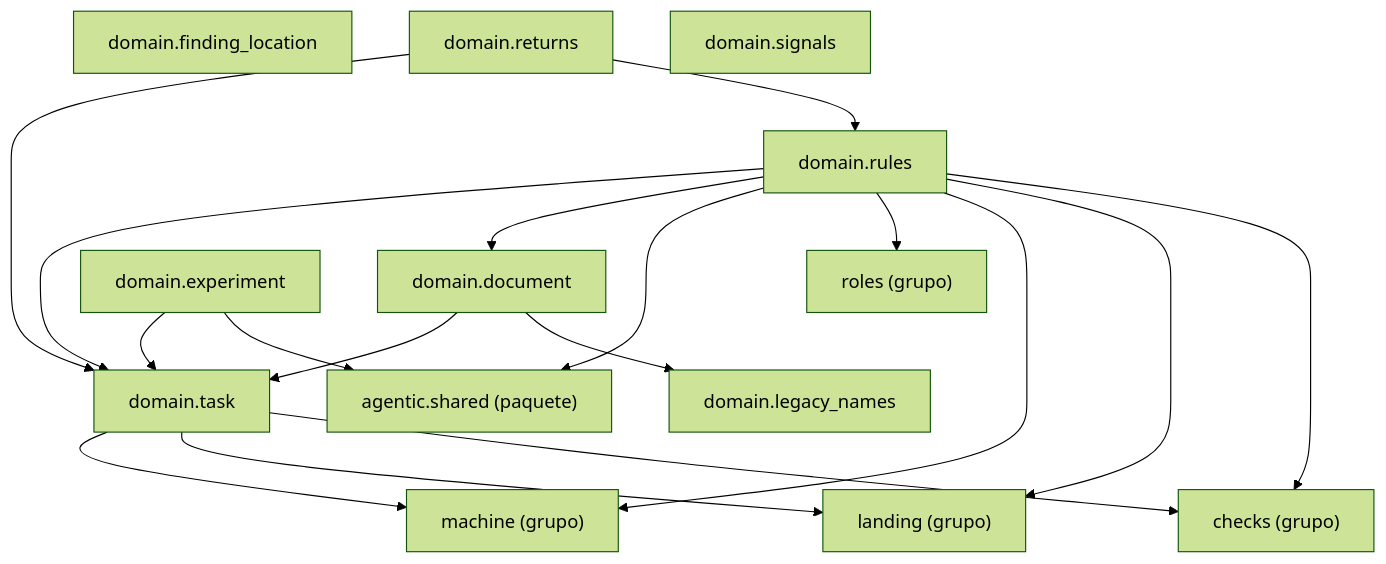
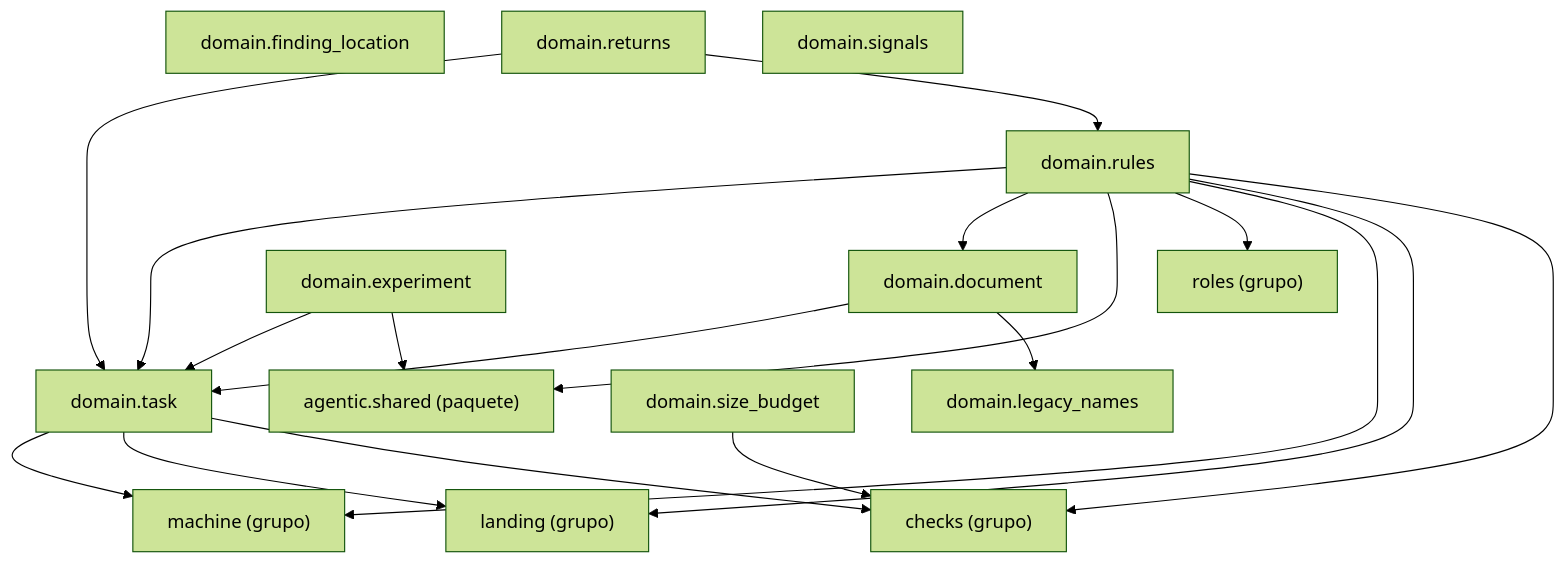
The diagram in docs/architecture/generated/packages-process-domain-state.md (GonzaloZevallos/agentic-system), drawn with Mermaid (forest theme) before and after one commit. The commit also changed 21 other files, not shown here.

First line of the commit message:
Add the size budget module, the stack's generated: key and Workspace.numstat (GH-592)

````diff
--- a/docs/architecture/generated/packages-process-domain-state.md
+++ b/docs/architecture/generated/packages-process-domain-state.md
@@ -11,32 +11,34 @@
 ```mermaid
 graph TD
     g_domain__checks["checks (grupo)"]
     g_domain__landing["landing (grupo)"]
     g_domain__machine["machine (grupo)"]
     g_domain__roles["roles (grupo)"]
     g_pkg__agentic__shared["agentic.shared (paquete)"]
     m_domain__document["domain.document"]
     m_domain__experiment["domain.experiment"]
     m_domain__finding_location["domain.finding_location"]
     m_domain__legacy_names["domain.legacy_names"]
     m_domain__returns["domain.returns"]
     m_domain__rules["domain.rules"]
     m_domain__signals["domain.signals"]
+    m_domain__size_budget["domain.size_budget"]
     m_domain__task["domain.task"]
     m_domain__document --> m_domain__legacy_names
     m_domain__document --> m_domain__task
     m_domain__experiment --> g_pkg__agentic__shared
     m_domain__experiment --> m_domain__task
     m_domain__returns --> m_domain__rules
     m_domain__returns --> m_domain__task
     m_domain__rules --> g_domain__checks
     m_domain__rules --> g_domain__landing
     m_domain__rules --> g_domain__machine
     m_domain__rules --> g_domain__roles
     m_domain__rules --> g_pkg__agentic__shared
     m_domain__rules --> m_domain__document
     m_domain__rules --> m_domain__task
+    m_domain__size_budget --> g_domain__checks
     m_domain__task --> g_domain__checks
     m_domain__task --> g_domain__landing
     m_domain__task --> g_domain__machine
 ```
````
